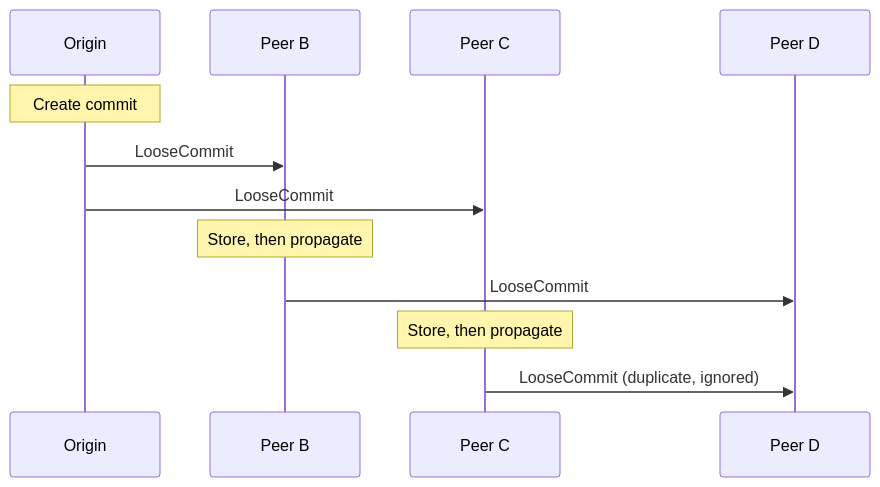
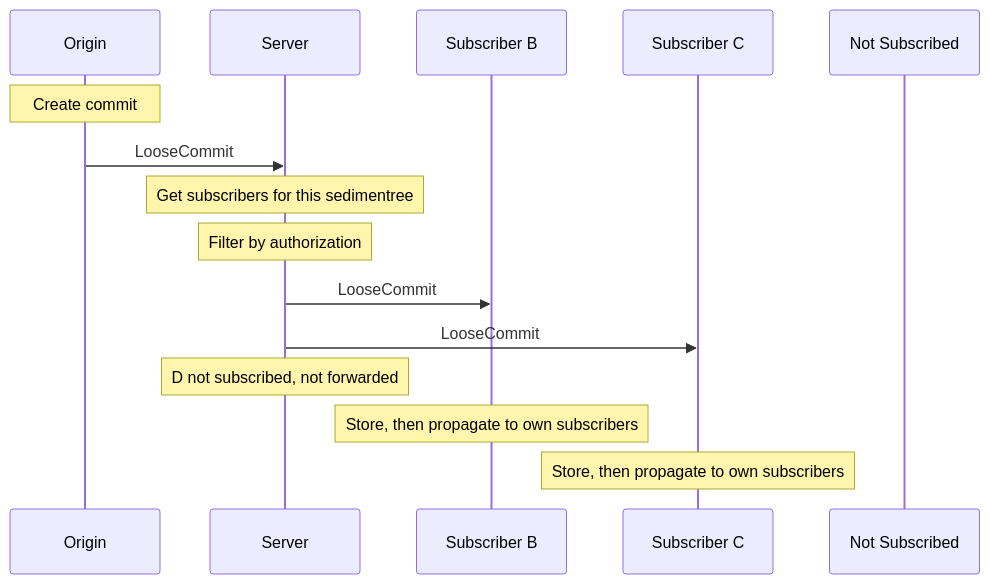
One commit to inkandswitch/subduction changed the second of 4 diagrams in design/sync/incremental.md. Above: the diagram before and after it, drawn with Mermaid. The commit also changed other lines of this file and 4 other files, not shown here.

````diff
--- a/design/sync/incremental.md
+++ b/design/sync/incremental.md
@@ -66,18 +69,20 @@
 ```mermaid
 sequenceDiagram
     participant A as Origin
-    participant B as Peer B
-    participant C as Peer C
-    participant D as Peer D
+    participant S as Server
+    participant B as Subscriber B
+    participant C as Subscriber C
+    participant D as Not Subscribed
 
     Note over A: Create commit
 
-    A->>B: LooseCommit
-    A->>C: LooseCommit
+    A->>S: LooseCommit
+    Note over S: Get subscribers for this sedimentree
+    Note over S: Filter by authorization
+    S->>B: LooseCommit
+    S->>C: LooseCommit
+    Note over S: D not subscribed, not forwarded
 
-    Note over B: Store, then propagate
-    B->>D: LooseCommit
-
-    Note over C: Store, then propagate
-    C->>D: LooseCommit (duplicate, ignored)
+    Note over B: Store, then propagate to own subscribers
+    Note over C: Store, then propagate to own subscribers
 ```
````
